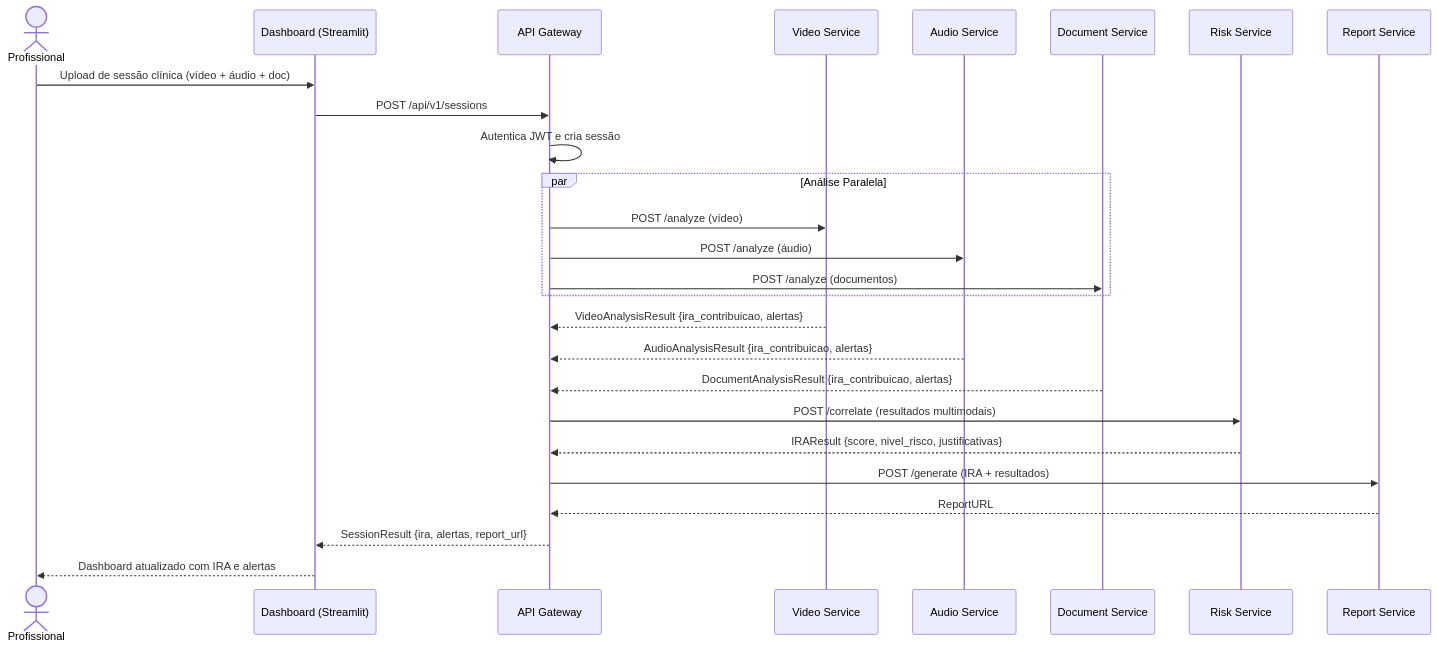
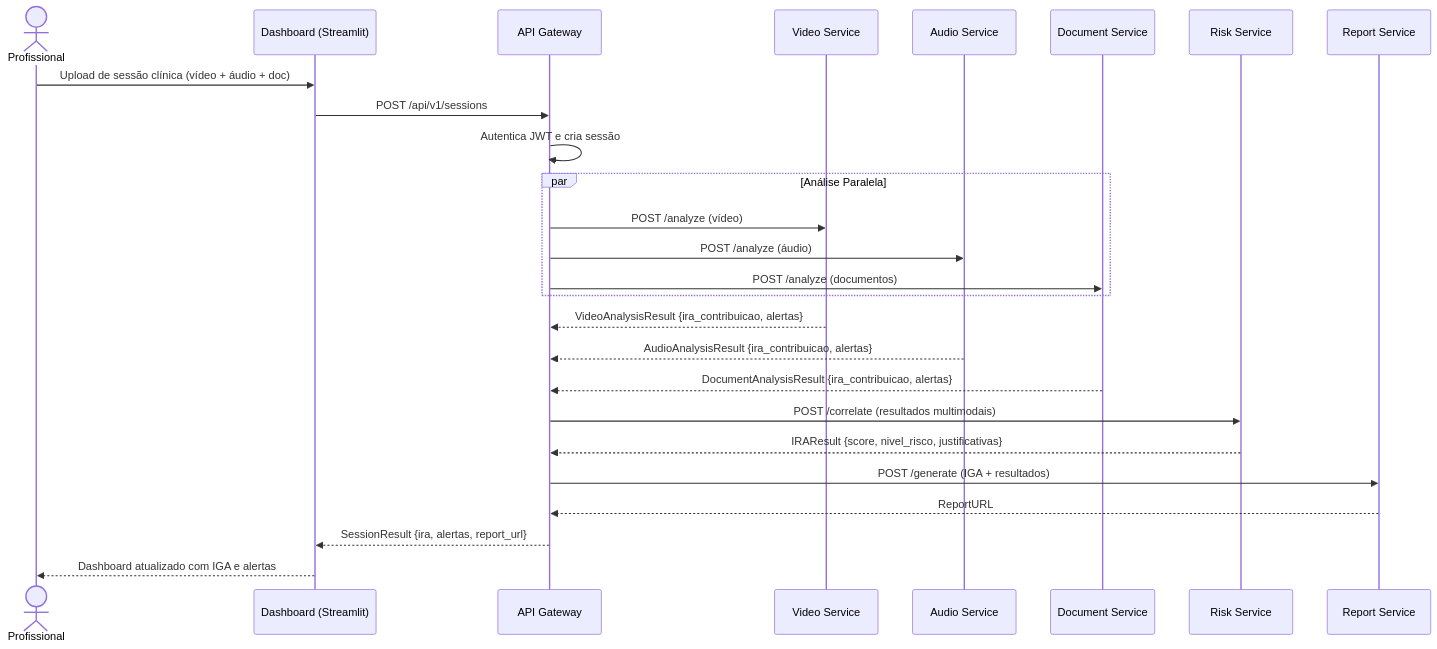
The fourth of 6 diagrams in docs/ARCHITECTURE.md (Wallace82/guardia-parto-seguro), drawn with Mermaid before and after one commit. The commit also changed other lines of this file and 22 other files, not shown here.

Commit message:
feat: implement report generation page and add project documentation architecture

````diff
--- a/docs/ARCHITECTURE.md
+++ b/docs/ARCHITECTURE.md
@@ -170,34 +170,34 @@
 ```mermaid
 sequenceDiagram
     actor Prof as Profissional
     participant FE as Dashboard (Streamlit)
     participant GW as API Gateway
     participant VS as Video Service
     participant AS as Audio Service
     participant DS as Document Service
     participant RS as Risk Service
     participant RP as Report Service
 
     Prof->>FE: Upload de sessão clínica (vídeo + áudio + doc)
     FE->>GW: POST /api/v1/sessions
     GW->>GW: Autentica JWT e cria sessão
 
     par Análise Paralela
         GW->>VS: POST /analyze (vídeo)
         GW->>AS: POST /analyze (áudio)
         GW->>DS: POST /analyze (documentos)
     end
 
     VS-->>GW: VideoAnalysisResult {ira_contribuicao, alertas}
     AS-->>GW: AudioAnalysisResult {ira_contribuicao, alertas}
     DS-->>GW: DocumentAnalysisResult {ira_contribuicao, alertas}
 
     GW->>RS: POST /correlate (resultados multimodais)
     RS-->>GW: IRAResult {score, nivel_risco, justificativas}
 
-    GW->>RP: POST /generate (IRA + resultados)
+    GW->>RP: POST /generate (IGA + resultados)
     RP-->>GW: ReportURL
 
     GW-->>FE: SessionResult {ira, alertas, report_url}
-    FE-->>Prof: Dashboard atualizado com IRA e alertas
+    FE-->>Prof: Dashboard atualizado com IGA e alertas
 ```
````
